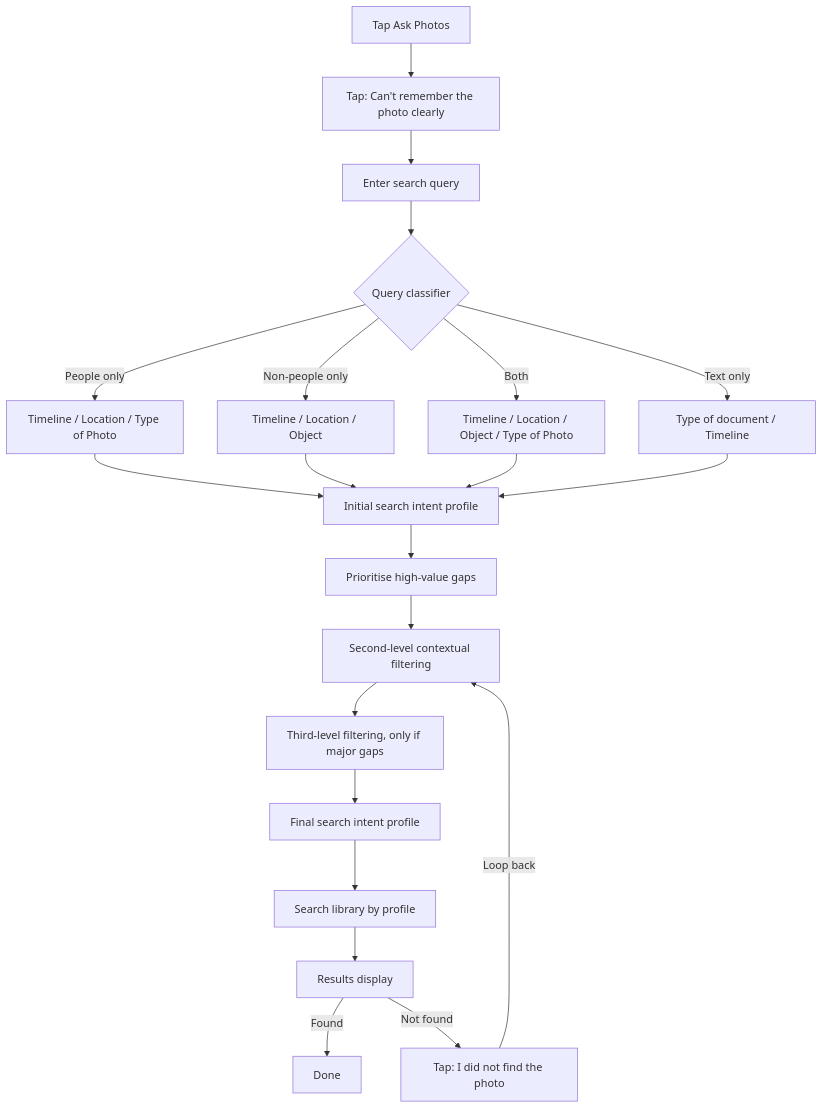
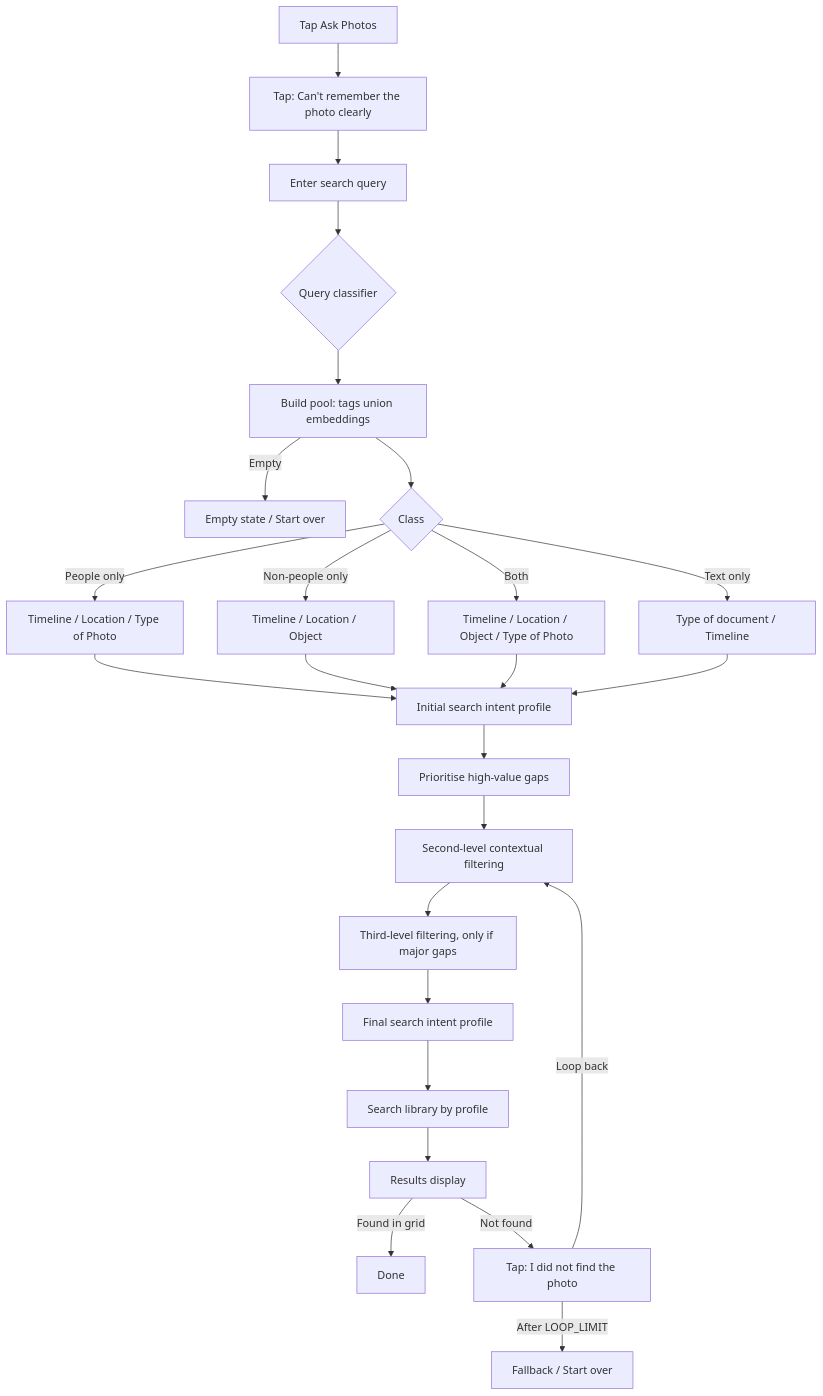
The diagram in PRD.md (smitshah769-lang/google-photos-mvp), drawn with Mermaid before and after one commit. The commit also changed other lines of this file and 49 other files, not shown here.

````diff
--- a/PRD.md
+++ b/PRD.md
@@ -99,20 +102,24 @@
 ```mermaid
 flowchart TD
   A[Tap Ask Photos] --> B[Tap: Can't remember the photo clearly]
   B --> C[Enter search query]
   C --> D{Query classifier}
-  D -->|People only| P1[Timeline / Location / Type of Photo]
-  D -->|Non-people only| N1[Timeline / Location / Object]
-  D -->|Both| M1[Timeline / Location / Object / Type of Photo]
-  D -->|Text only| T1[Type of document / Timeline]
+  D --> POOL[Build pool: tags union embeddings]
+  POOL -->|Empty| EMPTY[Empty state / Start over]
+  POOL --> D2{Class}
+  D2 -->|People only| P1[Timeline / Location / Type of Photo]
+  D2 -->|Non-people only| N1[Timeline / Location / Object]
+  D2 -->|Both| M1[Timeline / Location / Object / Type of Photo]
+  D2 -->|Text only| T1[Type of document / Timeline]
   P1 & N1 & M1 & T1 --> E[Initial search intent profile]
   E --> F[Prioritise high-value gaps]
   F --> G[Second-level contextual filtering]
   G --> H[Third-level filtering, only if major gaps]
   H --> I[Final search intent profile]
   I --> J[Search library by profile]
   J --> K[Results display]
-  K -->|Found| L[Done]
+  K -->|Found in grid| L[Done]
   K -->|Not found| M[Tap: I did not find the photo]
   M -->|Loop back| G
+  M -->|After LOOP_LIMIT| FB[Fallback / Start over]
 ```
````
